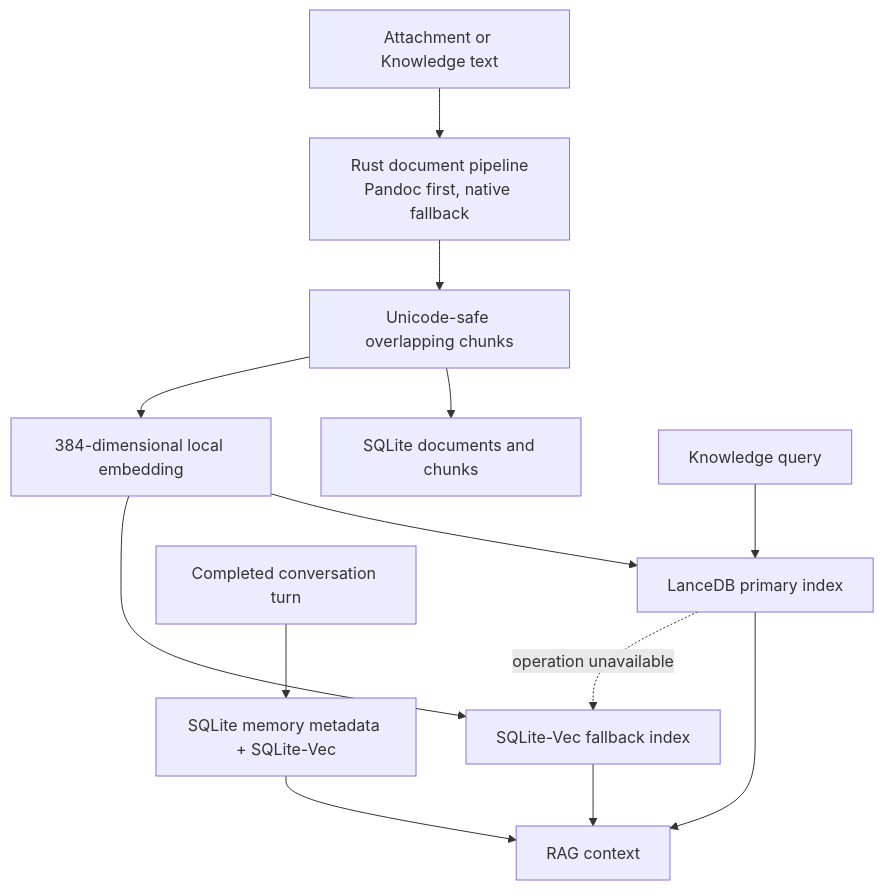
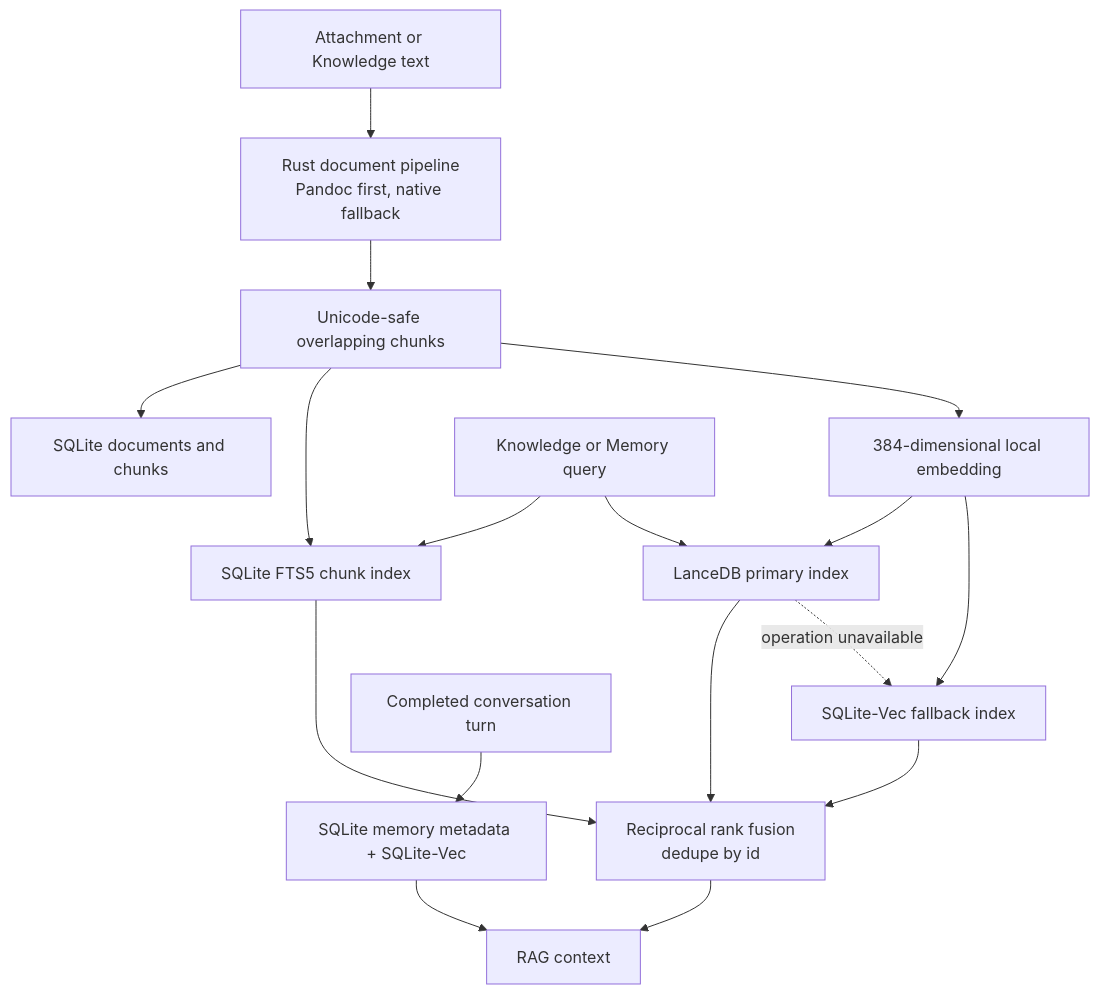
Before and after one commit to CreationWong/EncoreHub: the second of 3 diagrams in docs/dev/ARCHITECTURE_DIAGRAM.md, drawn with Mermaid. The commit also changed other lines of this file and 15 other files, not shown here.

First line of the commit message:
feat(engine): fuse FTS5 and vector retrieval with RRF

````diff
--- a/docs/dev/ARCHITECTURE_DIAGRAM.md
+++ b/docs/dev/ARCHITECTURE_DIAGRAM.md
@@ -42,24 +42,29 @@
 ```mermaid
 flowchart TD
     UPLOAD["Attachment or Knowledge text"]
     PARSE["Rust document pipeline<br/>Pandoc first, native fallback"]
     CHUNK["Unicode-safe overlapping chunks"]
     META["SQLite documents and chunks"]
+    FTS["SQLite FTS5 chunk index"]
     EMBED["384-dimensional local embedding"]
     LANCE["LanceDB primary index"]
     FALLBACK["SQLite-Vec fallback index"]
-    QUERY["Knowledge query"]
+    QUERY["Knowledge or Memory query"]
+    RRF["Reciprocal rank fusion<br/>dedupe by id"]
     RESULT["RAG context"]
     TURN["Completed conversation turn"]
     MEMORY["SQLite memory metadata + SQLite-Vec"]
 
     UPLOAD --> PARSE --> CHUNK
     CHUNK --> META
+    CHUNK --> FTS
     CHUNK --> EMBED
     EMBED --> LANCE
     EMBED --> FALLBACK
-    QUERY --> LANCE --> RESULT
+    QUERY --> FTS --> RRF
+    QUERY --> LANCE --> RRF
     LANCE -.->|"operation unavailable"| FALLBACK
-    FALLBACK --> RESULT
+    FALLBACK --> RRF
+    RRF --> RESULT
     TURN --> MEMORY --> RESULT
 ```
````
